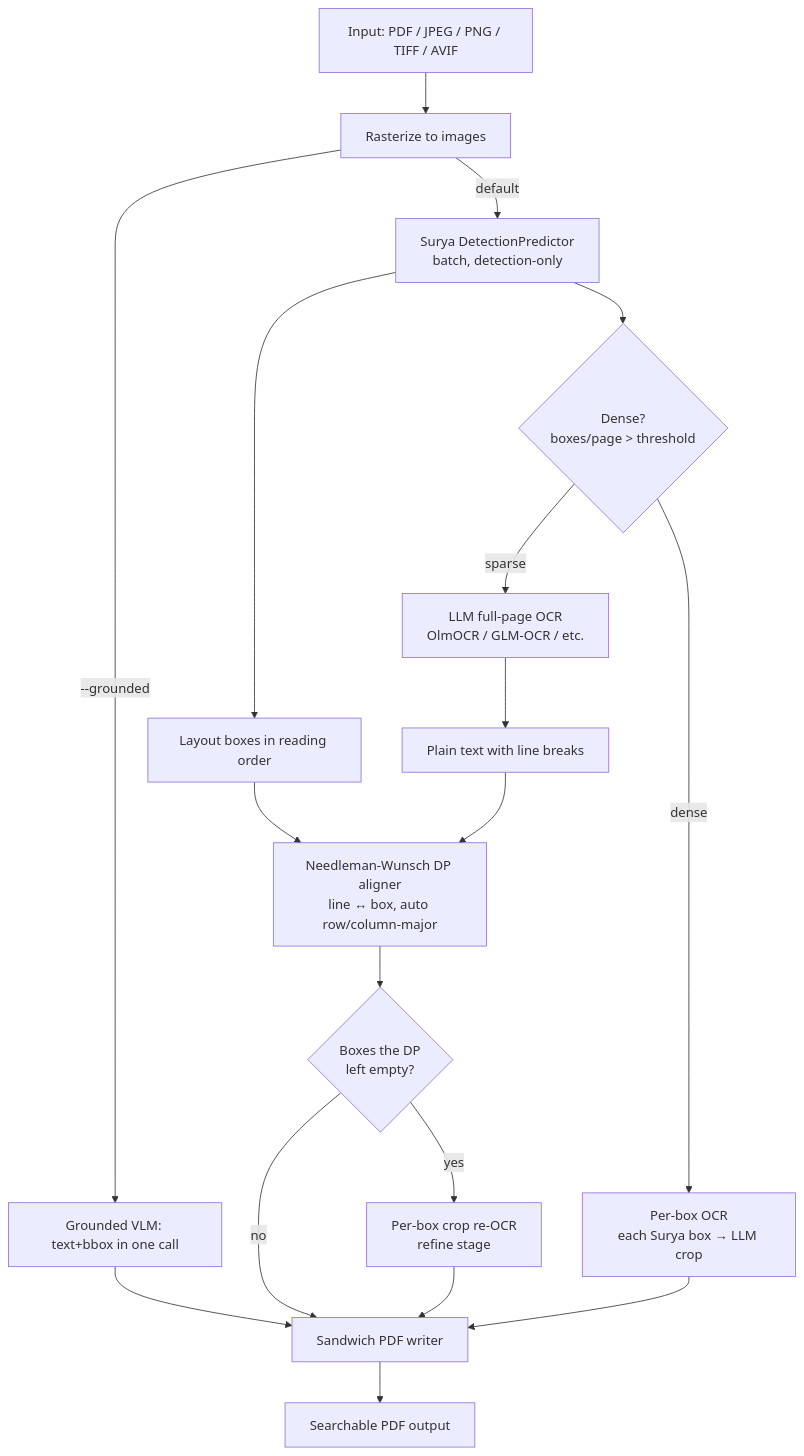
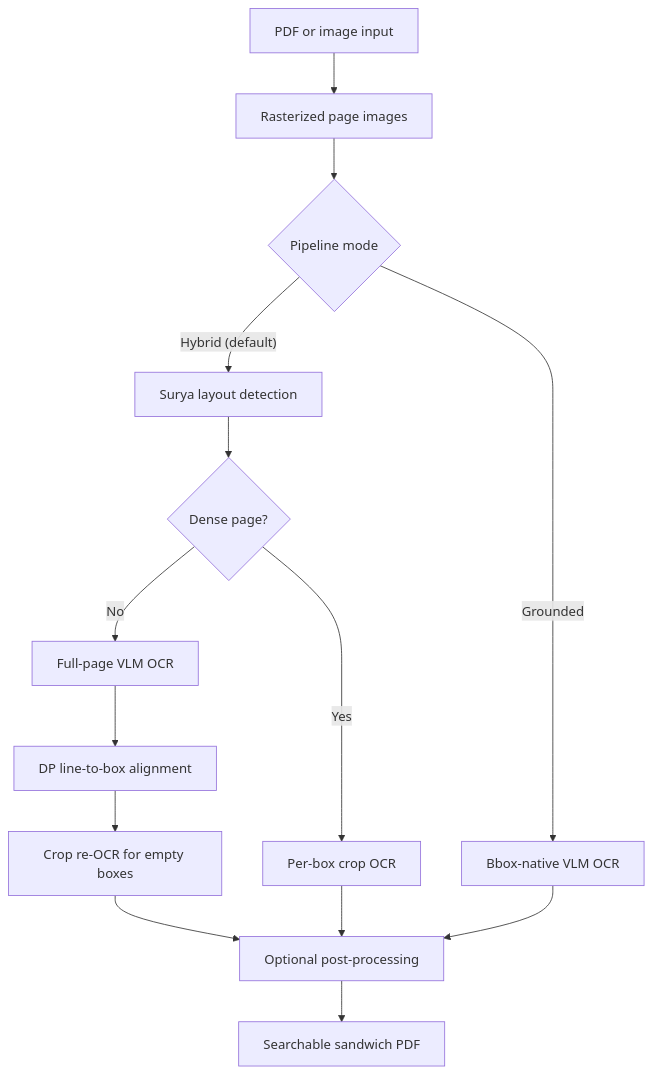
Before and after one commit to rahin2uddin/local-llm-pdf-ocr: the diagram in README.md, drawn with Mermaid. The commit also changed other lines of this file and 5 other files, not shown here.

````diff
--- a/README.md
+++ b/README.md
@@ -39,21 +24,16 @@
 ```mermaid
-graph TD
-    A[Input: PDF / JPEG / PNG / TIFF / AVIF] --> B[Rasterize to images]
-    B -->|--grounded| Z[Grounded VLM: text+bbox in one call]
-    Z --> EMB
-
-    B -->|default| C[Surya DetectionPredictor<br/>batch, detection-only]
-    C --> DM{Dense?<br/>boxes/page > threshold}
-    DM -->|sparse| D[LLM full-page OCR<br/>OlmOCR / GLM-OCR / etc.]
-    DM -->|dense| P[Per-box OCR<br/>each Surya box → LLM crop]
-    D --> F[Plain text with line breaks]
-    C --> E[Layout boxes in reading order]
-    E --> G[Needleman-Wunsch DP aligner<br/>line ↔ box, auto row/column-major]
-    F --> G
-    G --> H{Boxes the DP<br/>left empty?}
-    H -->|yes| R[Per-box crop re-OCR<br/>refine stage]
-    H -->|no| EMB[Sandwich PDF writer]
-    R --> EMB
-    P --> EMB
-    EMB --> L[Searchable PDF output]
+flowchart TD
+    A["PDF or image input"] --> B["Rasterized page images"]
+    B --> C{"Pipeline mode"}
+    C -->|"Hybrid (default)"| D["Surya layout detection"]
+    D --> E{"Dense page?"}
+    E -->|"No"| F["Full-page VLM OCR"]
+    F --> G["DP line-to-box alignment"]
+    G --> H["Crop re-OCR for empty boxes"]
+    E -->|"Yes"| I["Per-box crop OCR"]
+    H --> J["Optional post-processing"]
+    I --> J
+    C -->|"Grounded"| K["Bbox-native VLM OCR"]
+    K --> J
+    J --> L["Searchable sandwich PDF"]
 ```
````
